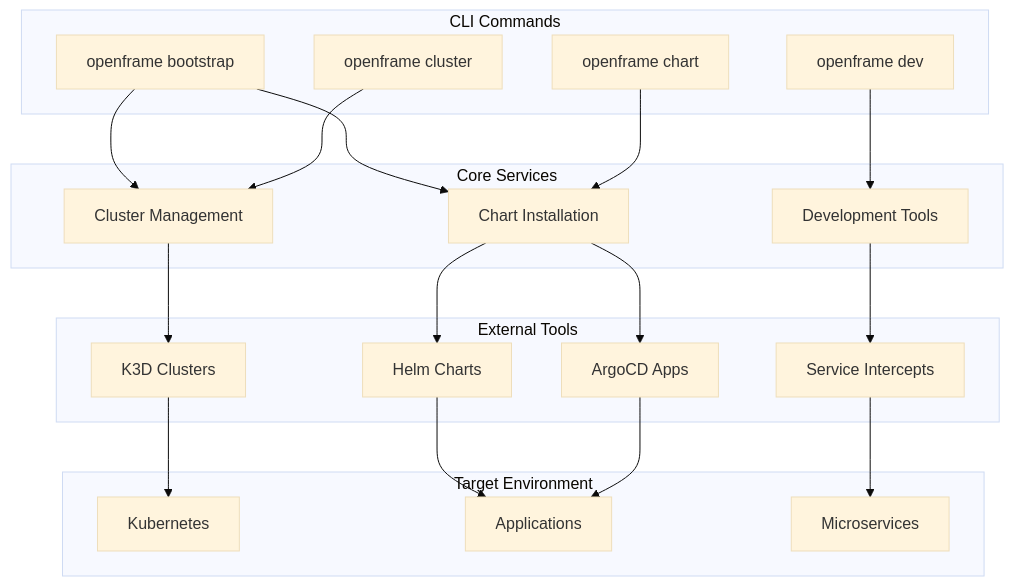
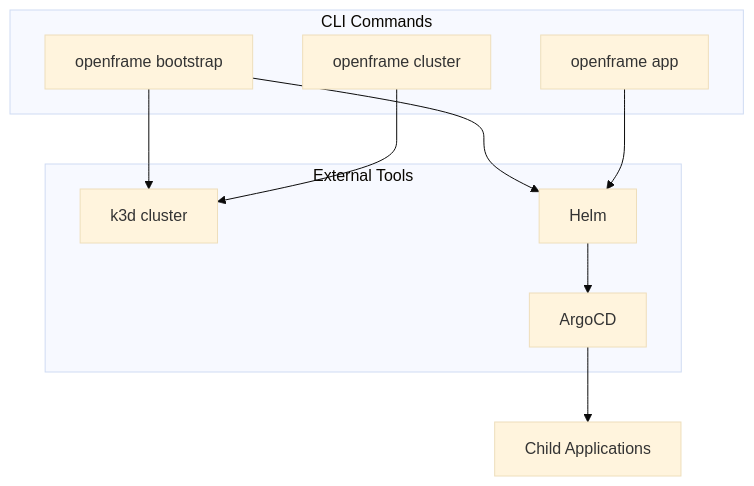
One commit to flamingo-stack/openframe-cli changed the diagram in docs/getting-started/introduction.md. Above: the diagram before and after it, drawn with Mermaid (base theme). The commit also changed other lines of this file and 15 other files, not shown here.

````diff
--- a/docs/getting-started/introduction.md
+++ b/docs/getting-started/introduction.md
@@ -61,44 +45,21 @@
 ```mermaid
 graph TB
     subgraph "CLI Commands"
         Bootstrap[openframe bootstrap]
         Cluster[openframe cluster]
-        Chart[openframe chart]
-        Dev[openframe dev]
+        App[openframe app]
     end
-    
-    subgraph "Core Services"
-        ClusterSvc[Cluster Management]
-        ChartSvc[Chart Installation]
-        DevSvc[Development Tools]
+
+    subgraph "External Tools"
+        K3D[k3d cluster]
+        Helm[Helm]
+        ArgoCD[ArgoCD]
     end
-    
-    subgraph "External Tools"
-        K3D[K3D Clusters]
-        Helm[Helm Charts]
-        ArgoCD[ArgoCD Apps]
-        Telepresence[Service Intercepts]
-    end
-    
-    subgraph "Target Environment"
-        K8s[Kubernetes]
-        Apps[Applications]
-        Services[Microservices]
-    end
-    
-    Bootstrap --> ClusterSvc
-    Bootstrap --> ChartSvc
-    Cluster --> ClusterSvc
-    Chart --> ChartSvc
-    Dev --> DevSvc
-    
-    ClusterSvc --> K3D
-    ChartSvc --> Helm
-    ChartSvc --> ArgoCD
-    DevSvc --> Telepresence
-    
-    K3D --> K8s
-    Helm --> Apps
-    ArgoCD --> Apps
-    Telepresence --> Services
+
+    Bootstrap --> K3D
+    Bootstrap --> Helm
+    Cluster --> K3D
+    App --> Helm
+    Helm --> ArgoCD
+    ArgoCD --> Apps[Child Applications]
 ```
````
